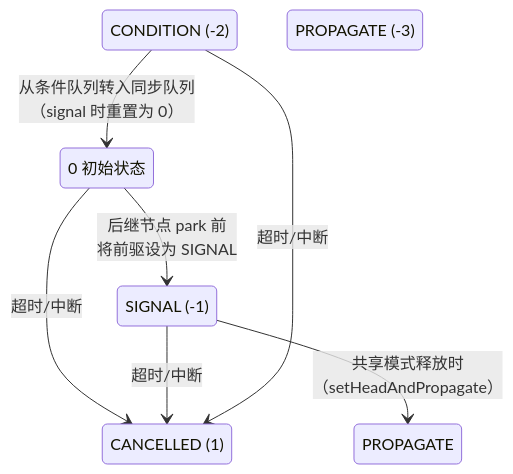
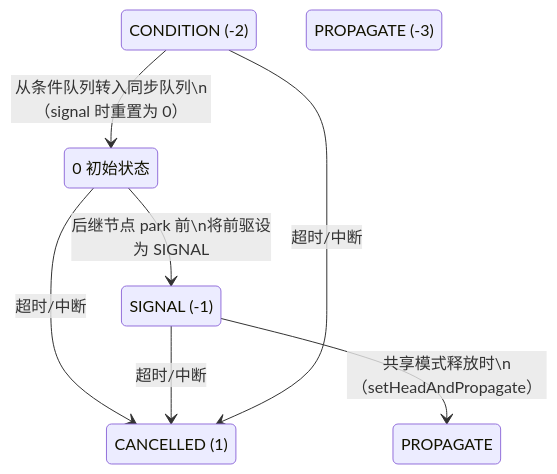
The second of 11 diagrams in content/posts/concurrency/AqsDeepAnalysis.md (yaocat55/yaocat55.github.io), drawn with Mermaid before and after one commit. The commit also changed other lines of this file and 155 other files, not shown here.

````diff
--- a/content/posts/concurrency/AqsDeepAnalysis.md
+++ b/content/posts/concurrency/AqsDeepAnalysis.md
@@ -96,15 +102,15 @@
 ```mermaid
 stateDiagram-v2
     state "0 初始状态" as INIT
     state "SIGNAL (-1)" as SIGNAL
     state "CANCELLED (1)" as CANCEL
     state "CONDITION (-2)" as COND
     state "PROPAGATE (-3)" as PROP
 
-    INIT --> SIGNAL : 后继节点 park 前<br/>将前驱设为 SIGNAL
+    INIT --> SIGNAL : 后继节点 park 前\n将前驱设为 SIGNAL
     INIT --> CANCEL : 超时/中断
     SIGNAL --> CANCEL : 超时/中断
     COND --> CANCEL : 超时/中断
-    COND --> INIT : 从条件队列转入同步队列<br/>（signal 时重置为 0）
-    SIGNAL --> PROPAGATE : 共享模式释放时<br/>（setHeadAndPropagate）
+    COND --> INIT : 从条件队列转入同步队列\n（signal 时重置为 0）
+    SIGNAL --> PROPAGATE : 共享模式释放时\n（setHeadAndPropagate）
 ```
````
